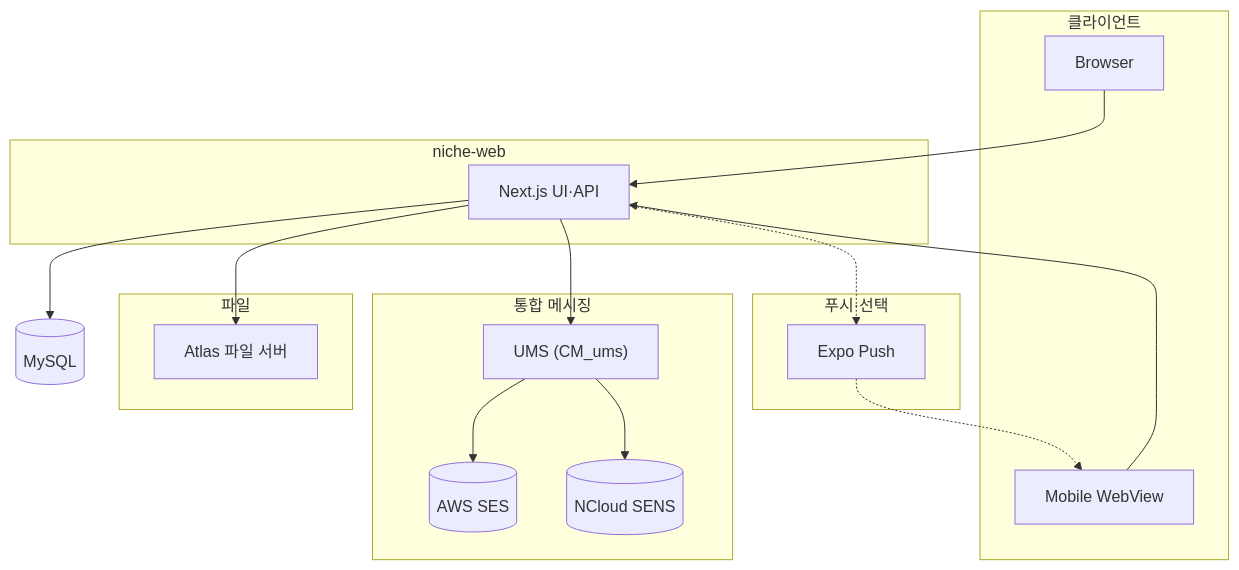
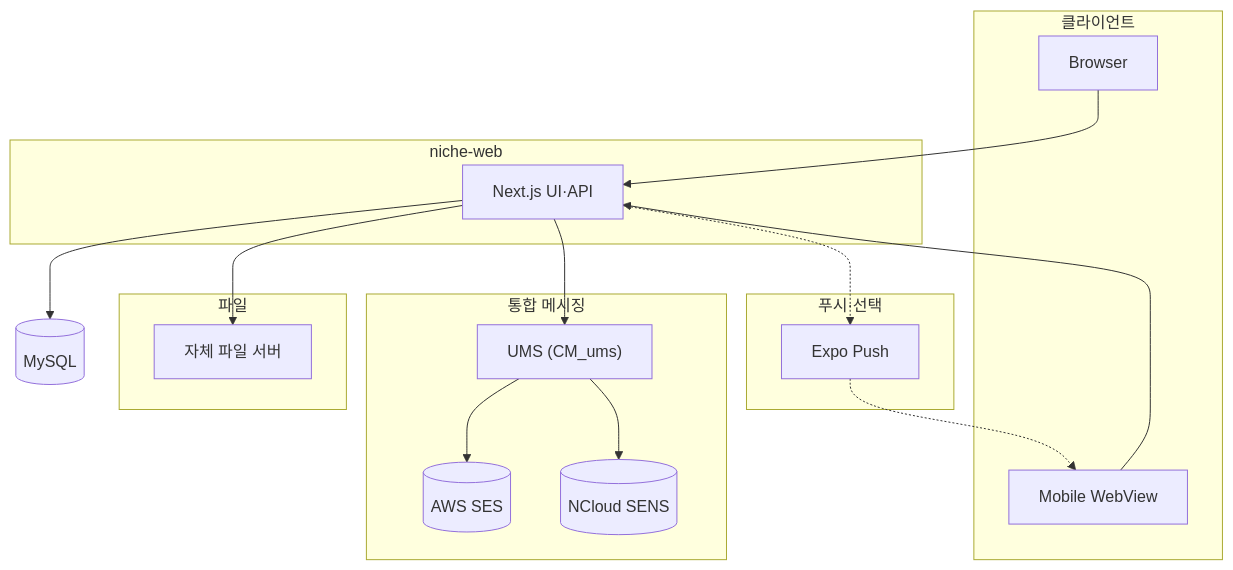
Before and after one commit to minhyukwang/minhyukwang: the first of 5 diagrams in projects/vertical-commerce.md, drawn with Mermaid. The commit also changed other lines of this file and 3 other files, not shown here.

````diff
--- a/projects/vertical-commerce.md
+++ b/projects/vertical-commerce.md
@@ -34,31 +34,31 @@
 ```mermaid
 flowchart TB
   subgraph clients [클라이언트]
     Browser[Browser]
     Mobile[Mobile WebView]
   end
   subgraph app [niche-web]
     NextJS[Next.js UI·API]
   end
   subgraph files [파일]
-    Atlas[Atlas 파일 서버]
+    FileSrv[자체 파일 서버]
   end
   subgraph umsLayer [통합 메시징]
     UMS["UMS (CM_ums)"]
     SES[(AWS SES)]
     SENS[(NCloud SENS)]
   end
   DB[(MySQL)]
   subgraph pushL [푸시·선택]
     Expo[Expo Push]
   end
   Browser --> NextJS
   Mobile --> NextJS
   NextJS --> DB
-  NextJS --> Atlas
+  NextJS --> FileSrv
   NextJS --> UMS
   UMS --> SES
   UMS --> SENS
   NextJS -.-> Expo
   Expo -.-> Mobile
 ```
````
